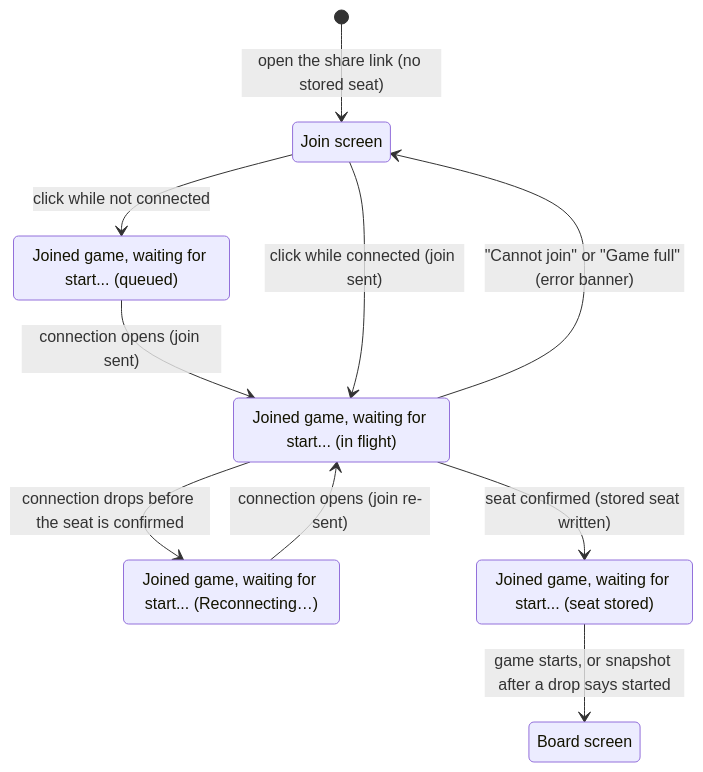
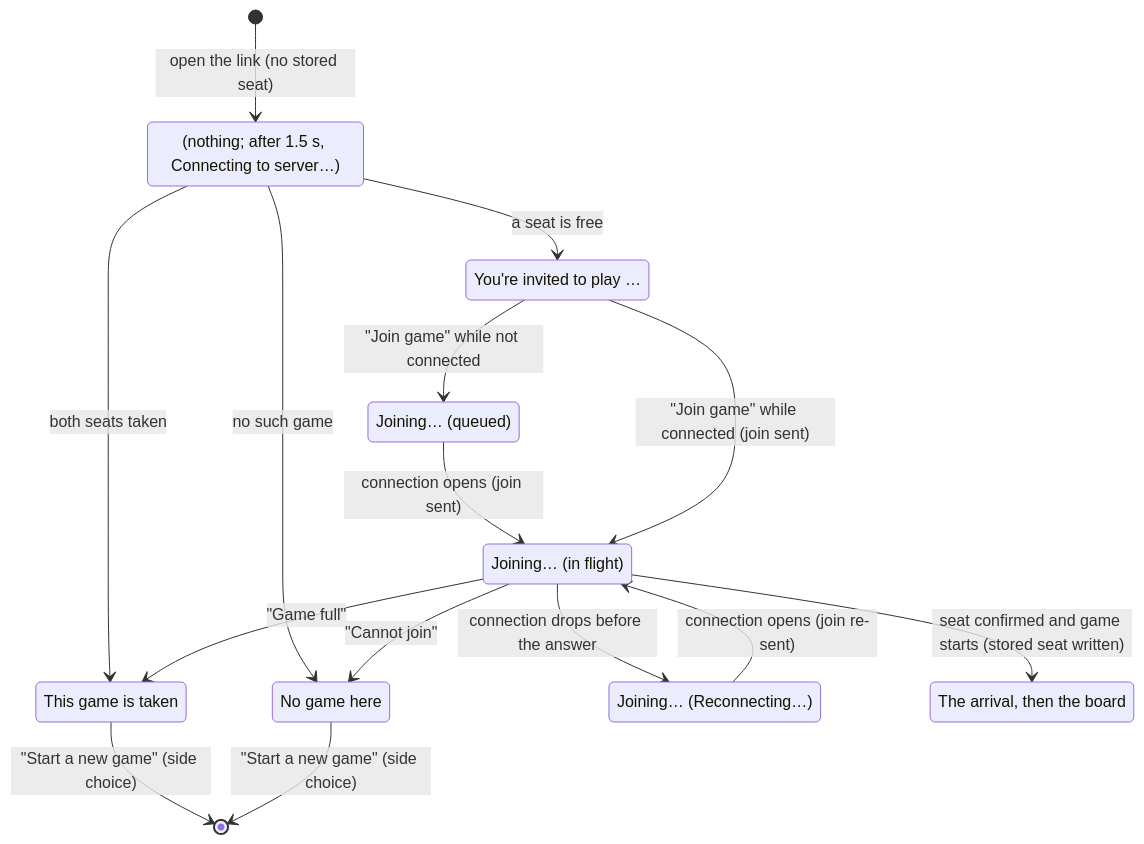
One commit to howard36/3d-chess changed the diagram in product-description/start/joining-a-game.md. Above: the diagram before and after it, drawn with Mermaid. The commit also changed other lines of this file and 75 other files, not shown here.

````diff
--- a/product-description/start/joining-a-game.md
+++ b/product-description/start/joining-a-game.md
@@ -17,18 +17,25 @@
 ```mermaid
 stateDiagram-v2
-    state "Join screen" as join
-    state "Joined game, waiting for start... (queued)" as queued
-    state "Joined game, waiting for start... (in flight)" as flight
-    state "Joined game, waiting for start... (Reconnecting…)" as recon
-    state "Joined game, waiting for start... (seat stored)" as seated
-    state "Board screen" as board
-    [*] --> join : open the share link (no stored seat)
-    join --> queued : click while not connected
+    state "(nothing; after 1.5 s, Connecting to server…)" as opening
+    state "You're invited to play …" as open
+    state "This game is taken" as full
+    state "No game here" as gone
+    state "Joining… (queued)" as queued
+    state "Joining… (in flight)" as flight
+    state "Joining… (Reconnecting…)" as recon
+    state "The arrival, then the board" as board
+    [*] --> opening : open the link (no stored seat)
+    opening --> open : a seat is free
+    opening --> full : both seats taken
+    opening --> gone : no such game
+    open --> queued : "Join game" while not connected
     queued --> flight : connection opens (join sent)
-    join --> flight : click while connected (join sent)
-    flight --> join : "Cannot join" or "Game full" (error banner)
-    flight --> seated : seat confirmed (stored seat written)
-    seated --> board : game starts, or snapshot after a drop says started
-    flight --> recon : connection drops before the seat is confirmed
+    open --> flight : "Join game" while connected (join sent)
+    flight --> board : seat confirmed and game starts (stored seat written)
+    flight --> full : "Game full"
+    flight --> gone : "Cannot join"
+    flight --> recon : connection drops before the answer
     recon --> flight : connection opens (join re-sent)
+    full --> [*] : "Start a new game" (side choice)
+    gone --> [*] : "Start a new game" (side choice)
 ```
````
